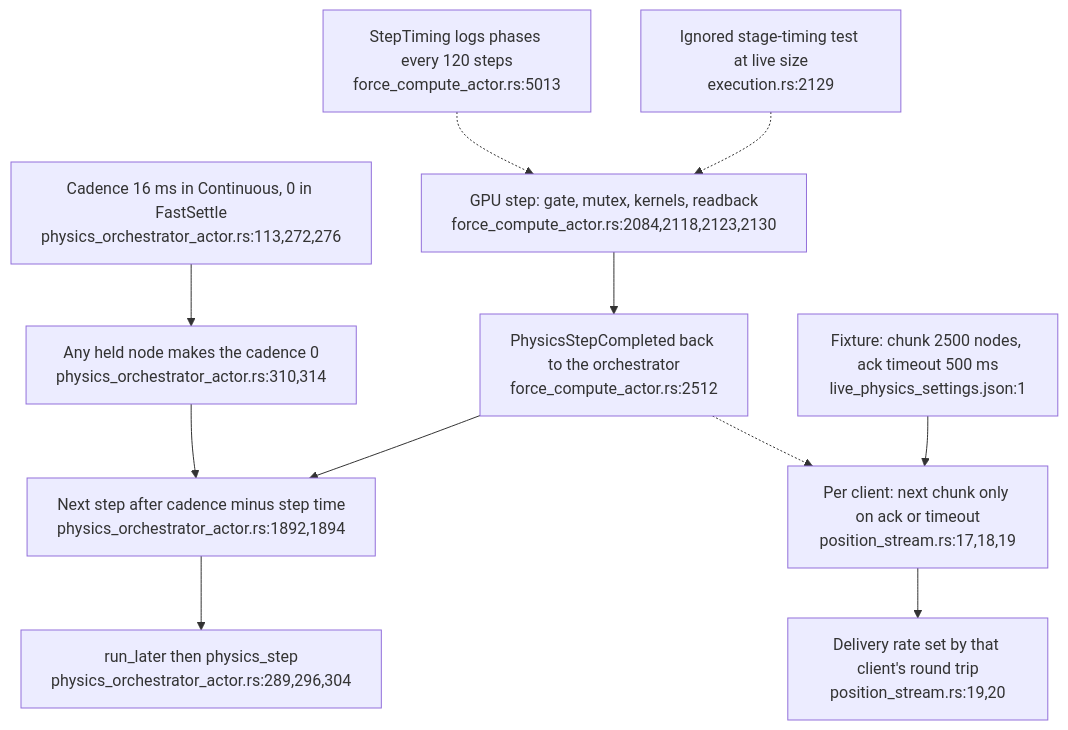
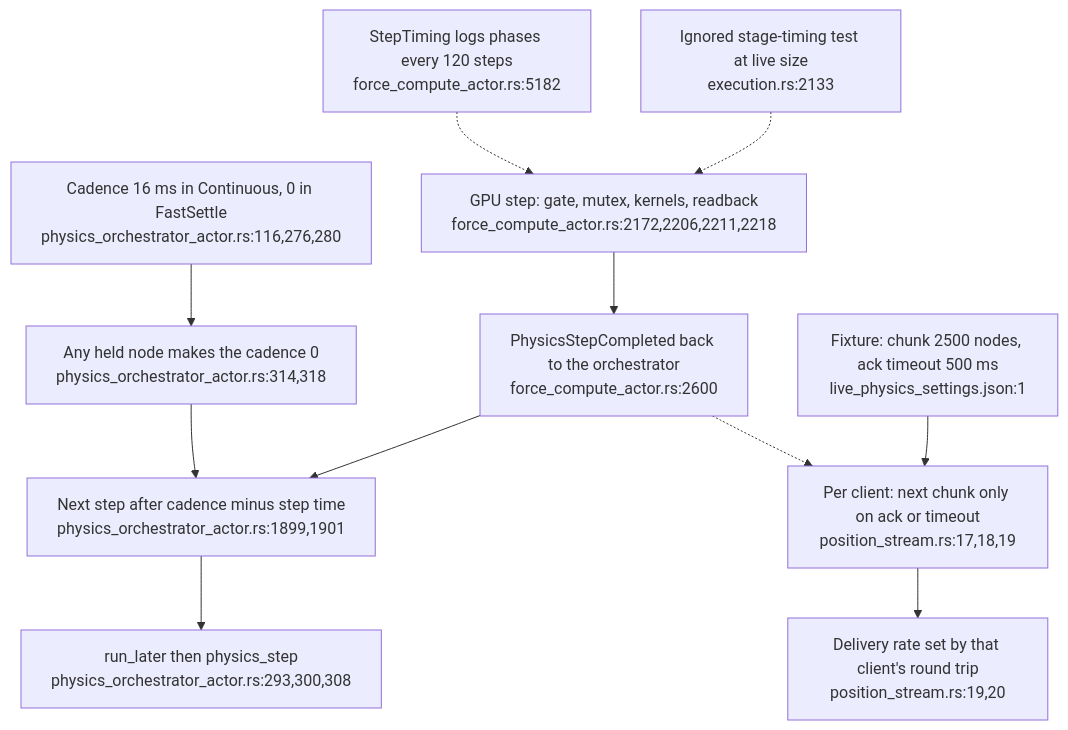
One commit to DreamLab-AI/VisionFlow changed the second of 6 diagrams in docs/diagrams/visionclaw/54-layout-mode-step-cadence-and-settle.md. Above: the diagram before and after it, drawn with Mermaid. The commit also changed other lines of this file and 6 other files, not shown here.

First line of the commit message:
diagrams(visionclaw): re-verify VC-51..57 at visionclaw 4900ec60

````diff
--- a/docs/diagrams/visionclaw/54-layout-mode-step-cadence-and-settle.md
+++ b/docs/diagrams/visionclaw/54-layout-mode-step-cadence-and-settle.md
@@ -64,13 +64,13 @@
 ```mermaid
 flowchart TD
-    MODE["Cadence 16 ms in Continuous, 0 in FastSettle<br/>physics_orchestrator_actor.rs:113,272,276"] --> EFF["Any held node makes the cadence 0<br/>physics_orchestrator_actor.rs:310,314"]
-    STEP["GPU step: gate, mutex, kernels, readback<br/>force_compute_actor.rs:2084,2118,2123,2130"] --> DONE["PhysicsStepCompleted back to the orchestrator<br/>force_compute_actor.rs:2512"]
-    DONE --> NEXT["Next step after cadence minus step time<br/>physics_orchestrator_actor.rs:1892,1894"]
+    MODE["Cadence 16 ms in Continuous, 0 in FastSettle<br/>physics_orchestrator_actor.rs:116,276,280"] --> EFF["Any held node makes the cadence 0<br/>physics_orchestrator_actor.rs:314,318"]
+    STEP["GPU step: gate, mutex, kernels, readback<br/>force_compute_actor.rs:2172,2206,2211,2218"] --> DONE["PhysicsStepCompleted back to the orchestrator<br/>force_compute_actor.rs:2600"]
+    DONE --> NEXT["Next step after cadence minus step time<br/>physics_orchestrator_actor.rs:1899,1901"]
     EFF --> NEXT
-    NEXT --> RUN["run_later then physics_step<br/>physics_orchestrator_actor.rs:289,296,304"]
-    TIMING["StepTiming logs phases every 120 steps<br/>force_compute_actor.rs:5013"] -.-> STEP
-    BENCH["Ignored stage-timing test at live size<br/>execution.rs:2129"] -.-> STEP
+    NEXT --> RUN["run_later then physics_step<br/>physics_orchestrator_actor.rs:293,300,308"]
+    TIMING["StepTiming logs phases every 120 steps<br/>force_compute_actor.rs:5182"] -.-> STEP
+    BENCH["Ignored stage-timing test at live size<br/>execution.rs:2133"] -.-> STEP
     STREAM["Per client: next chunk only on ack or timeout<br/>position_stream.rs:17,18,19"] --> RATE["Delivery rate set by that client's round trip<br/>position_stream.rs:19,20"]
     CFG["Fixture: chunk 2500 nodes, ack timeout 500 ms<br/>live_physics_settings.json:1"] --> STREAM
     DONE -.-> STREAM
 ```
````
